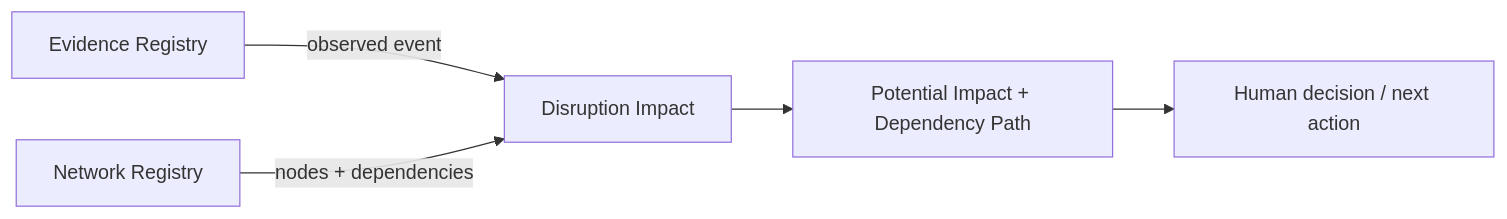
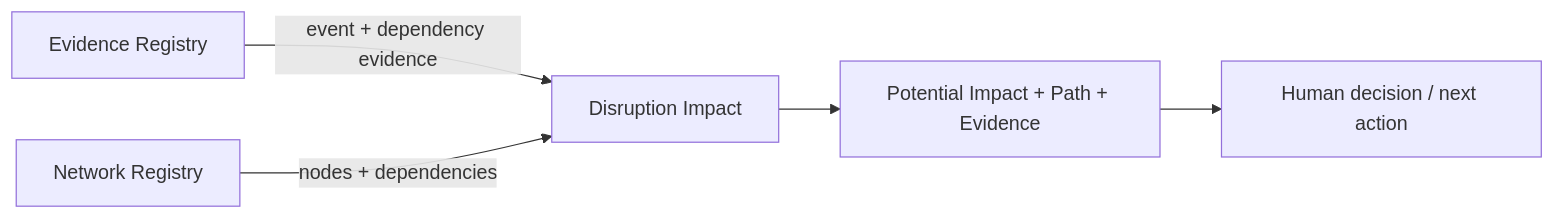
One commit to ContextualWisdomLab/supply-chain-control-plane changed the diagram in docs/product-technical-gap-baseline.md. Above: the diagram before and after it, drawn with Mermaid. The commit also changed other lines of this file and 7 other files, not shown here.

Commit message:
docs: align evidence-linked impact contract

````diff
--- a/docs/product-technical-gap-baseline.md
+++ b/docs/product-technical-gap-baseline.md
@@ -9,7 +9,7 @@
 ```mermaid
 flowchart LR
-  E[Evidence Registry] -->|observed event| I[Disruption Impact]
+  E[Evidence Registry] -->|event + dependency evidence| I[Disruption Impact]
   N[Network Registry] -->|nodes + dependencies| I
-  I --> P[Potential Impact + Dependency Path]
+  I --> P[Potential Impact + Path + Evidence]
   P --> H[Human decision / next action]
 ```
````
